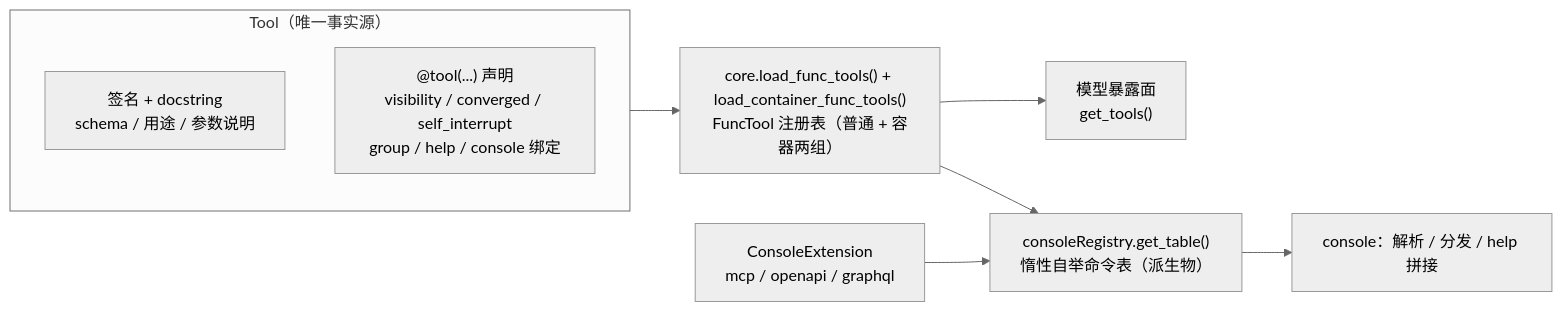
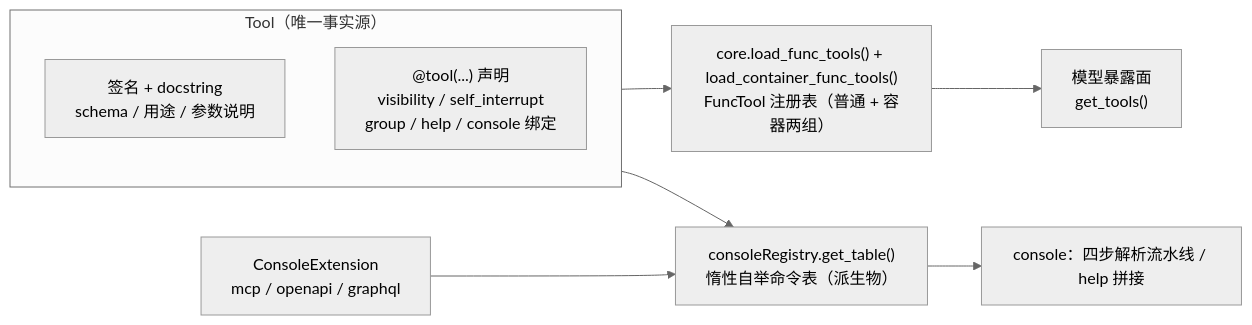
The diagram in docs/design/2026-11-20-console-tool-metadata/console_tool_metadata_design.md (alexazhou/TogoSpace), drawn with Mermaid (neutral theme) before and after one commit. The commit also changed other lines of this file, not shown here.

Commit message:
docs(design): refine console tool metadata design after review

````diff
--- a/docs/design/2026-11-20-console-tool-metadata/console_tool_metadata_design.md
+++ b/docs/design/2026-11-20-console-tool-metadata/console_tool_metadata_design.md
@@ -35,12 +36,12 @@
 ```mermaid
 flowchart LR
     subgraph Tool["Tool（唯一事实源）"]
         SIG["签名 + docstring<br/>schema / 用途 / 参数说明"]
-        SPEC["@tool(...) 声明<br/>visibility / converged / self_interrupt<br/>group / help / console 绑定"]
+        SPEC["@tool(...) 声明<br/>visibility / self_interrupt<br/>group / help / console 绑定"]
     end
     Tool --> REG["core.load_func_tools() + load_container_func_tools()<br/>FuncTool 注册表（普通 + 容器两组）"]
     REG --> EXP["模型暴露面<br/>get_tools()"]
-    REG --> CT["consoleRegistry.get_table()<br/>惰性自举命令表（派生物）"]
+    Tool --> CT["consoleRegistry.get_table()<br/>惰性自举命令表（派生物）"]
     EXT["ConsoleExtension<br/>mcp / openapi / graphql"] --> CT
-    CT --> CON["console：解析 / 分发 / help 拼接"]
+    CT --> CON["console：四步解析流水线 / help 拼接"]
 ```
````
